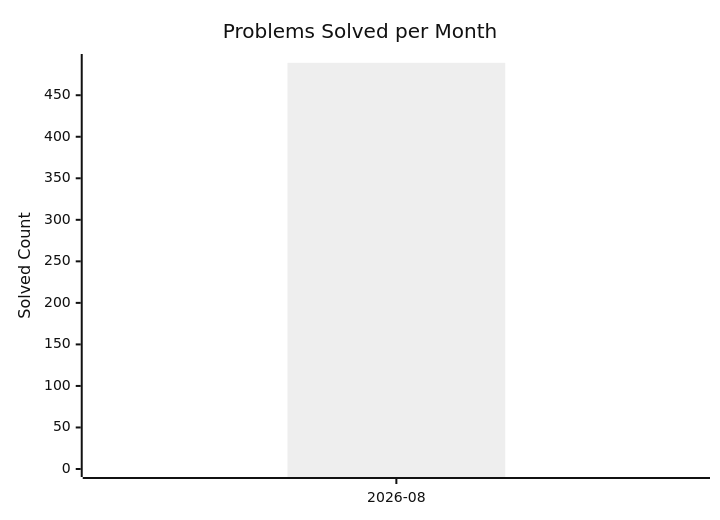
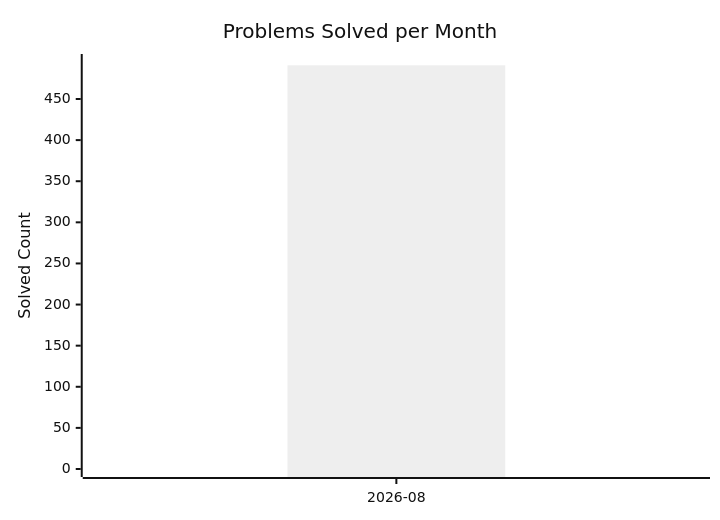
The diagram in dashboard.md (AdityaPandey-DEV/CP-Progress-Sync), drawn with Mermaid (neutral theme) before and after one commit. The commit also changed other lines of this file, not shown here.

Commit message:
Auto-update CP dashboard [skip ci]

````diff
--- a/dashboard.md
+++ b/dashboard.md
@@ -8,8 +8,8 @@
 ```mermaid
 xychart-beta
     title "Problems Solved per Month"
     x-axis ["2026-08"]
-    y-axis "Solved Count" 0 --> 490
-    bar [489]
-    line [489]
+    y-axis "Solved Count" 0 --> 495
+    bar [491]
+    line [491]
 ```
````
